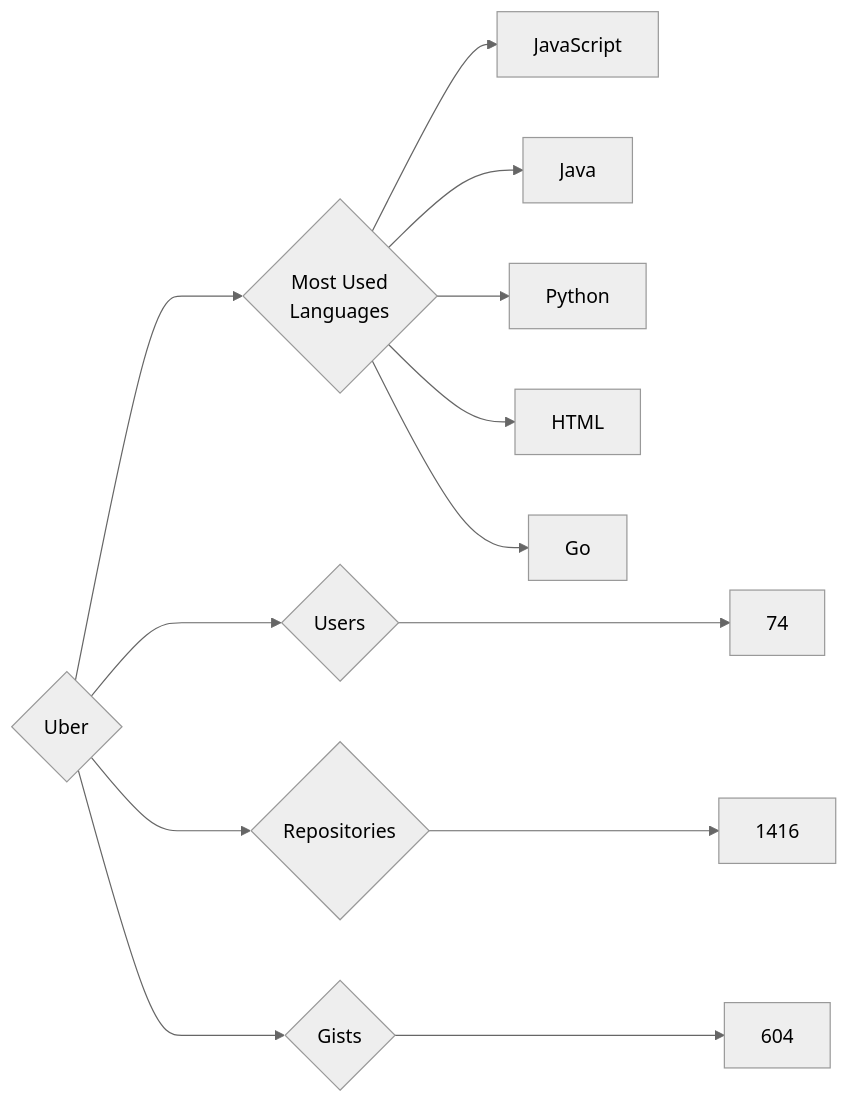
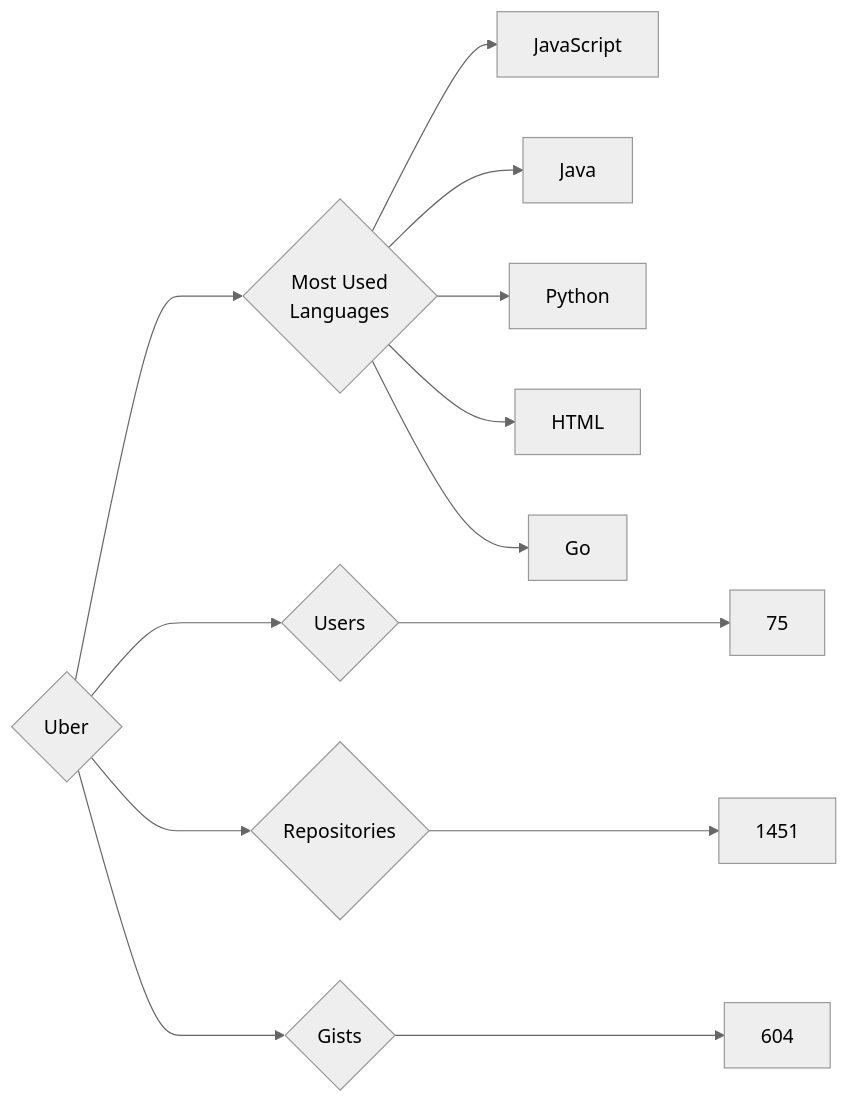
Before and after one commit to trickest/insiders: the diagram in targets/Uber/README.md, drawn with Mermaid (neutral theme). The commit also changed 1389 other files, not shown here.

````diff
--- a/targets/Uber/README.md
+++ b/targets/Uber/README.md
@@ -3,13 +3,13 @@
 ```mermaid
 graph LR
 COMPANY_NAME{Uber}
-COMPANY_NAME ---> U{Users} ---> UN[74]
-COMPANY_NAME ---> R{Repositories} ---> RN[1416]
+COMPANY_NAME ---> U{Users} ---> UN[75]
+COMPANY_NAME ---> R{Repositories} ---> RN[1451]
 COMPANY_NAME ---> G{Gists} ---> GN[604]
 COMPANY_NAME ---> ML{Most Used<br>Languages}
 ML --> JavaScript[JavaScript]
 ML --> Java[Java]
 ML --> Python[Python]
 ML --> HTML[HTML]
 ML --> Go[Go]
 ```
````
